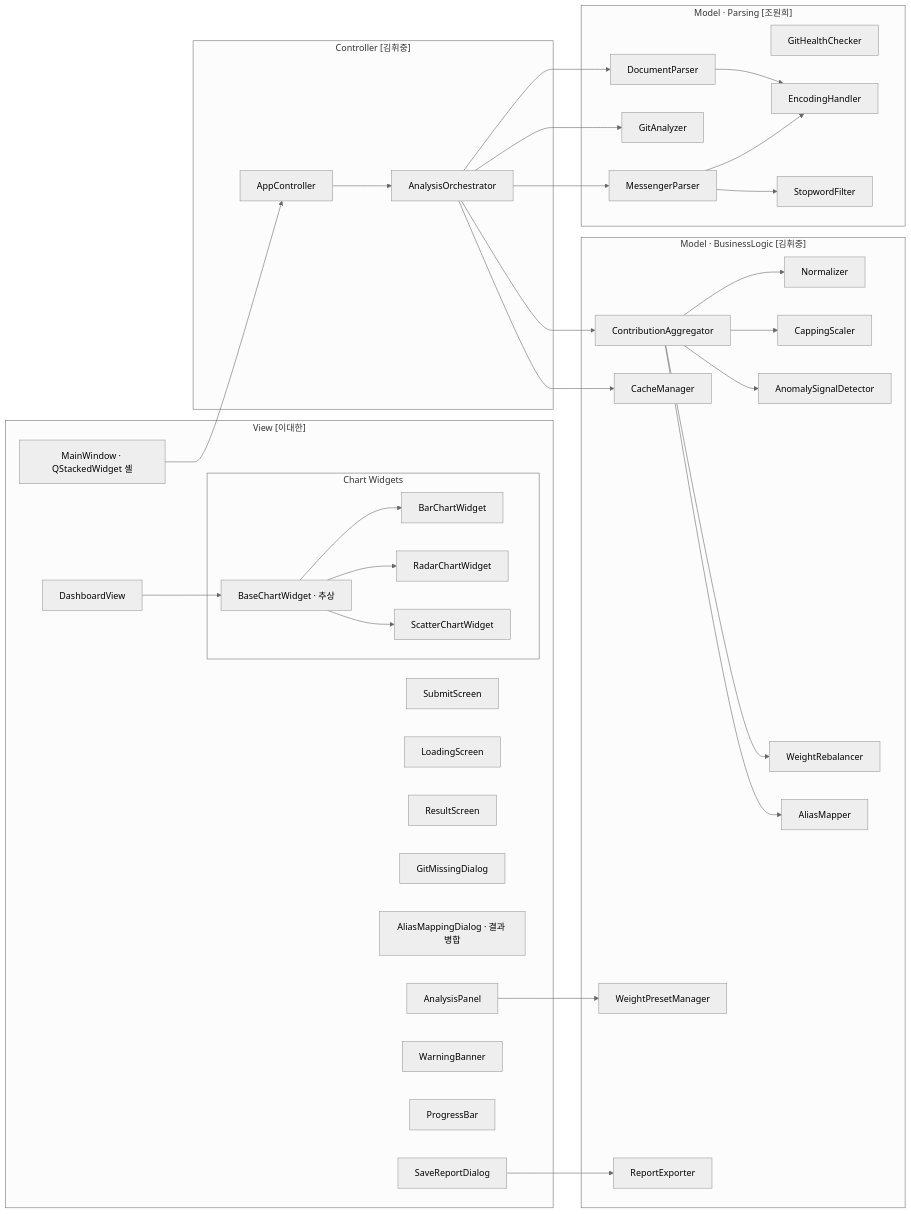
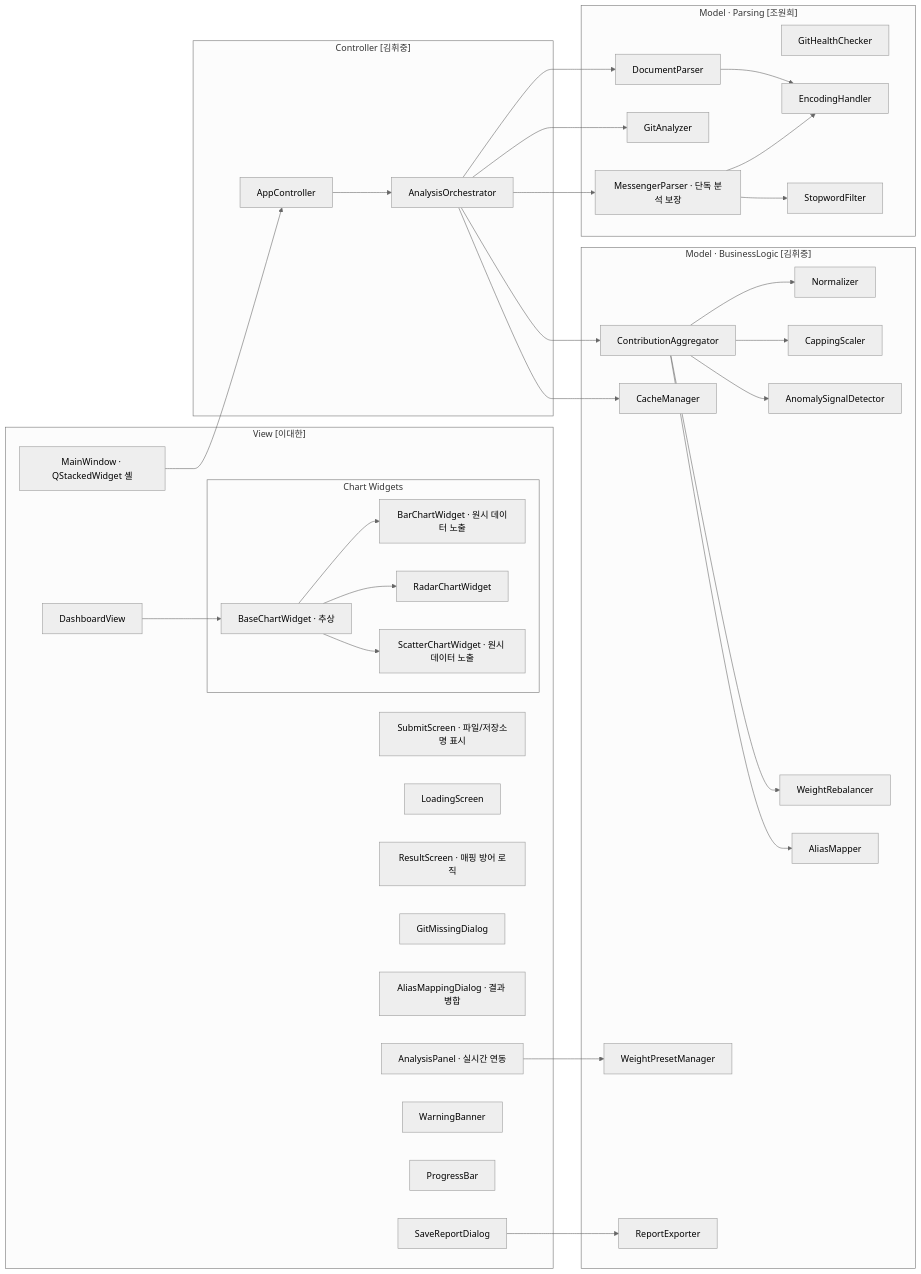
One commit to Eucliwood32/Software_Engineering_mirae changed the second of 6 diagrams in docs/02-design-planning/architecture-overview.md. Above: the diagram before and after it, drawn with Mermaid (neutral theme). The commit also changed other lines of this file and 11 other files, not shown here.

````diff
--- a/docs/02-design-planning/architecture-overview.md
+++ b/docs/02-design-planning/architecture-overview.md
@@ -96,59 +96,59 @@
 ```mermaid
 flowchart LR
     subgraph V["View [이대한]"]
         MW[MainWindow · QStackedWidget 셸]
-        SUB[SubmitScreen]
+        SUB[SubmitScreen · 파일/저장소명 표시]
         LOAD[LoadingScreen]
-        RES[ResultScreen]
+        RES[ResultScreen · 매핑 방어 로직]
         GMD[GitMissingDialog]
         AMD[AliasMappingDialog · 결과 병합]
-        AP[AnalysisPanel]
+        AP[AnalysisPanel · 실시간 연동]
         DV[DashboardView]
         WB[WarningBanner]
         PB[ProgressBar]
         SRD[SaveReportDialog]
         subgraph CH["Chart Widgets"]
             BCW[BaseChartWidget · 추상]
-            BAR[BarChartWidget]
+            BAR[BarChartWidget · 원시 데이터 노출]
             RAD[RadarChartWidget]
-            SCT[ScatterChartWidget]
+            SCT[ScatterChartWidget · 원시 데이터 노출]
         end
     end
 
     subgraph C["Controller [김휘중]"]
         AC[AppController]
         AO[AnalysisOrchestrator]
     end
 
     subgraph MP["Model · Parsing [조원희]"]
         DP[DocumentParser]
         GA[GitAnalyzer]
         GHC[GitHealthChecker]
-        MSP[MessengerParser]
+        MSP[MessengerParser · 단독 분석 보장]
         SF[StopwordFilter]
         EH[EncodingHandler]
     end
 
     subgraph MB["Model · BusinessLogic [김휘중]"]
         NM[Normalizer]
         CS[CappingScaler]
         ASD[AnomalySignalDetector]
         WPM[WeightPresetManager]
         WR[WeightRebalancer]
         AM[AliasMapper]
         CA[ContributionAggregator]
         CM[CacheManager]
         RE[ReportExporter]
     end
 
     MW --> AC
     AC --> AO
     AO --> DP & GA & MSP & CA & CM
     DP --> EH
     MSP --> EH & SF
     CA --> NM & CS & ASD & WR & AM
     AP --> WPM
     BCW --> BAR & RAD & SCT
     DV --> BCW
     SRD --> RE
 ```
````
